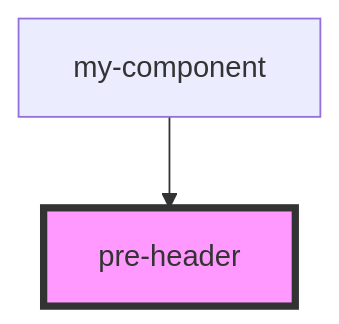
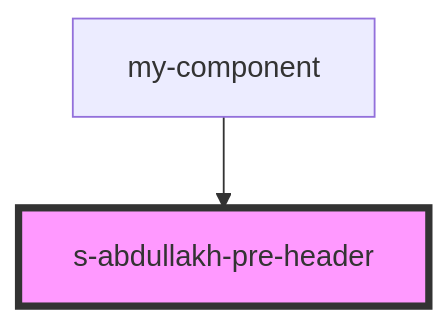
One commit to Wokh-Dada/companycards changed the diagram in src/components/res/view/s-abdullakh-pre-header/readme.md. Above: the diagram before and after it, drawn with Mermaid. The commit also changed 28 other files, not shown here.

````diff
--- a/src/components/res/view/s-abdullakh-pre-header/readme.md
+++ b/src/components/res/view/s-abdullakh-pre-header/readme.md
@@ -22,5 +22,5 @@
 ```mermaid
 graph TD;
-  my-component --> pre-header
-  style pre-header fill:#f9f,stroke:#333,stroke-width:4px
+  my-component --> s-abdullakh-pre-header
+  style s-abdullakh-pre-header fill:#f9f,stroke:#333,stroke-width:4px
 ```
````
